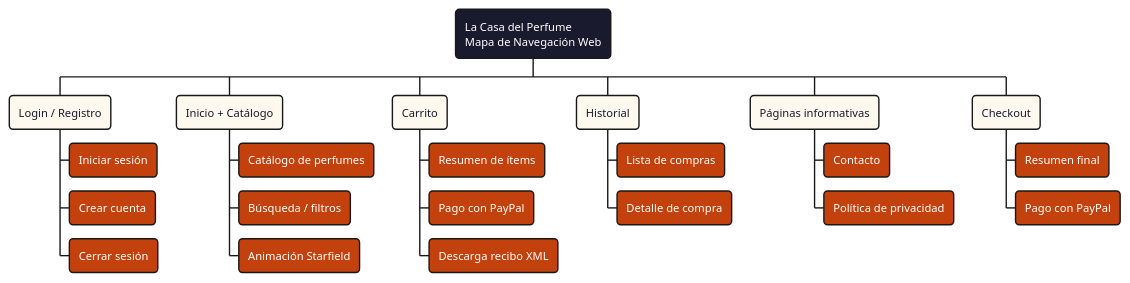
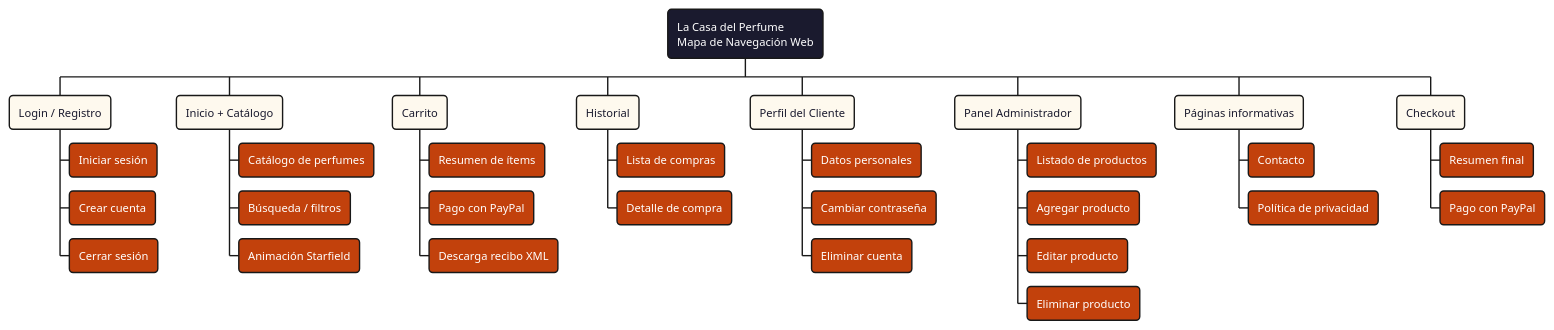
One commit to CristianINP/LaCasaDelPerfume changed the diagram in diagramas/D_DiagramaNavegacion.puml. Above: the diagram before and after it, drawn with PlantUML. The commit also changed 14 other files, not shown here.

First line of the commit message:
feat: actualizar diagramas de clases con módulo admin y perfil

```diff
--- a/diagramas/D_DiagramaNavegacion.puml
+++ b/diagramas/D_DiagramaNavegacion.puml
@@ -1,52 +1,63 @@
 @startwbs
 <style>
 wbsDiagram {
   node {
     BackgroundColor #FEF9EE
     BorderColor #D97706
     FontColor #1A1A2E
     RoundCorner 8
   }
   rootNode {
     BackgroundColor #1A1A2E
     FontColor #FFFFFF
     BorderColor #1A1A2E
   }
   :depth(2) {
     BackgroundColor #C2410C
     FontColor #FFFFFF
     BorderColor #9A3412
   }
 }
 </style>
 
 * La Casa del Perfume\nMapa de Navegación Web
 
 ** Login / Registro
 *** Iniciar sesión
 *** Crear cuenta
 *** Cerrar sesión
 
 ** Inicio + Catálogo
 *** Catálogo de perfumes
 *** Búsqueda / filtros
 *** Animación Starfield
 
 ** Carrito
 *** Resumen de ítems
 *** Pago con PayPal
 *** Descarga recibo XML
 
 ** Historial
 *** Lista de compras
 *** Detalle de compra
 
+** Perfil del Cliente
+*** Datos personales
+*** Cambiar contraseña
+*** Eliminar cuenta
+
+** Panel Administrador
+*** Listado de productos
+*** Agregar producto
+*** Editar producto
+*** Eliminar producto
+
 ** Páginas informativas
 *** Contacto
 *** Política de privacidad
 
 ** Checkout
 *** Resumen final
 *** Pago con PayPal
 
 @endwbs
```
